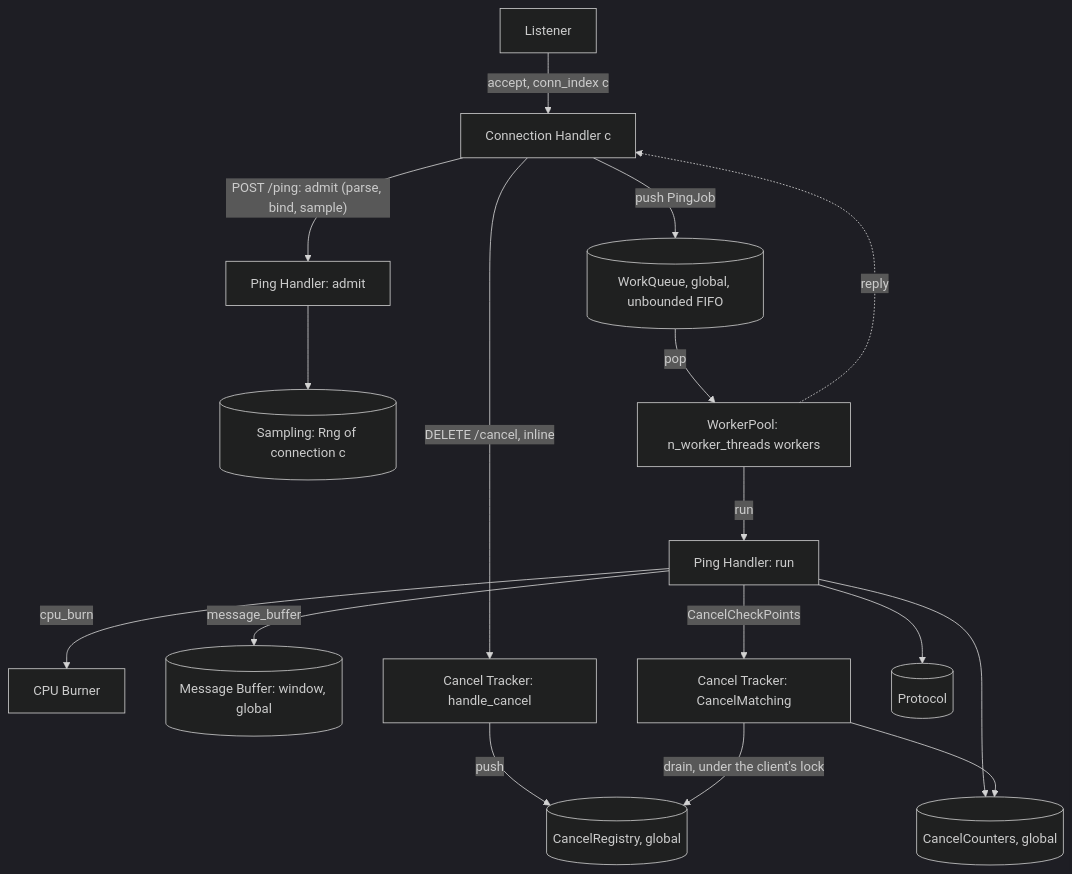
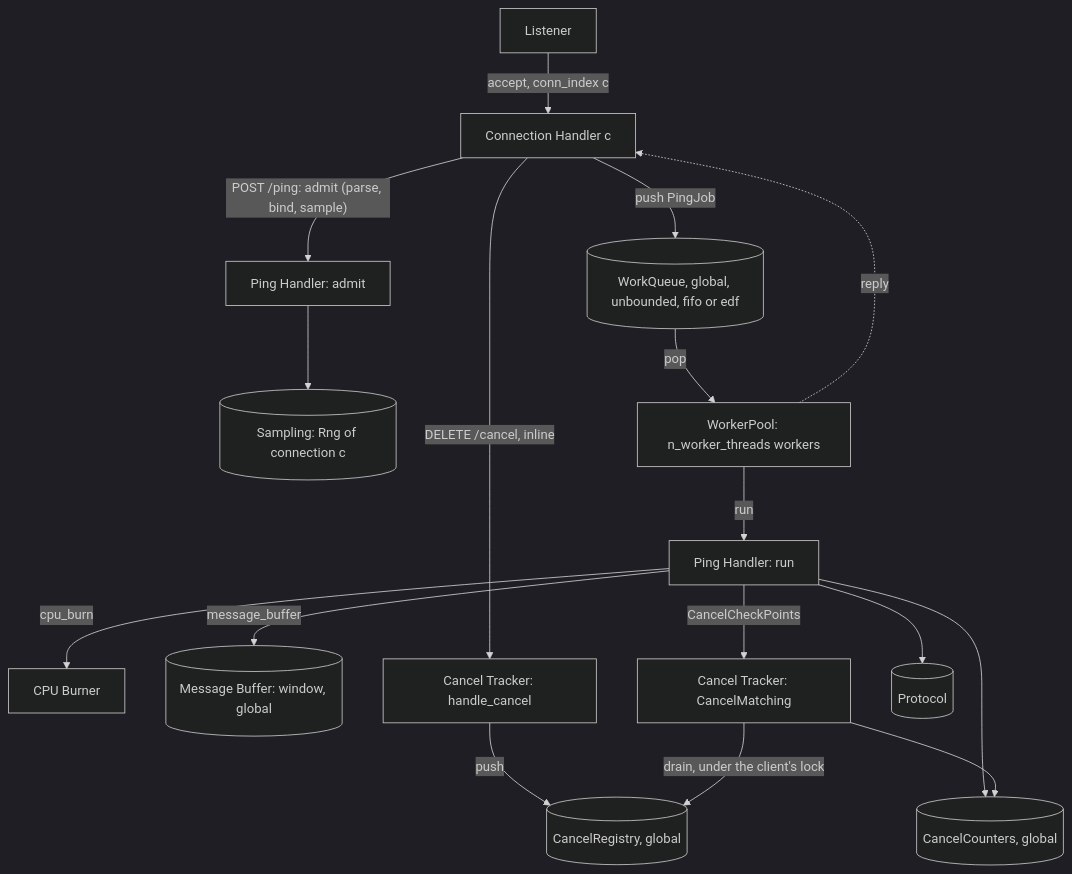
The diagram in abstraction/server/design.md (grapheo12/metastability-cancellation), drawn with Mermaid (dark theme) before and after one commit. The commit also changed other lines of this file and 8 other files, not shown here.

First line of the commit message:
[spec] Server Worker Pool: EarliestDeadlineFirst WorkQueue

````diff
--- a/abstraction/server/design.md
+++ b/abstraction/server/design.md
@@ -5,19 +5,19 @@
 ```mermaid
 flowchart TD
   L[Listener] -->|accept, conn_index c| CH[Connection Handler c]
   CH -->|"POST /ping: admit (parse, bind, sample)"| PA[Ping Handler: admit]
   PA --> S[(Sampling: Rng of connection c)]
-  CH -->|push PingJob| Q[(WorkQueue, global, unbounded FIFO)]
+  CH -->|push PingJob| Q[(WorkQueue, global, unbounded, fifo or edf)]
   Q -->|pop| W[WorkerPool: n_worker_threads workers]
   W -->|run| PR[Ping Handler: run]
   PR -->|cpu_burn| CB[CPU Burner]
   PR -->|message_buffer| MB[(Message Buffer: window, global)]
   PR -->|CancelCheckPoints| CM[Cancel Tracker: CancelMatching]
   W -.reply.-> CH
   CH -->|"DELETE /cancel, inline"| HC[Cancel Tracker: handle_cancel]
   HC -->|push| R[(CancelRegistry, global)]
   CM -->|"drain, under the client's lock"| R
   PR --> P[(Protocol)]
   PR --> K[(CancelCounters, global)]
   CM --> K
 ```
````
